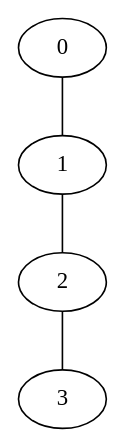
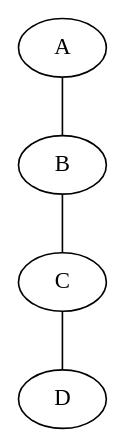
Before and after one commit to richelbilderbeek/boost_graph_cookbook_1: the diagram in BoostGraphTutorial/create_named_vertices_path_graph_4.dot, drawn with Graphviz. The commit also changed 16 other files, not shown here.

```diff
--- a/BoostGraphTutorial/create_named_vertices_path_graph_4.dot
+++ b/BoostGraphTutorial/create_named_vertices_path_graph_4.dot
@@ -1,9 +1,9 @@
 graph G {
-0;
-1;
-2;
-3;
+0[label=A];
+1[label=B];
+2[label=C];
+3[label=D];
 0--1 ;
 1--2 ;
 2--3 ;
 }
```
